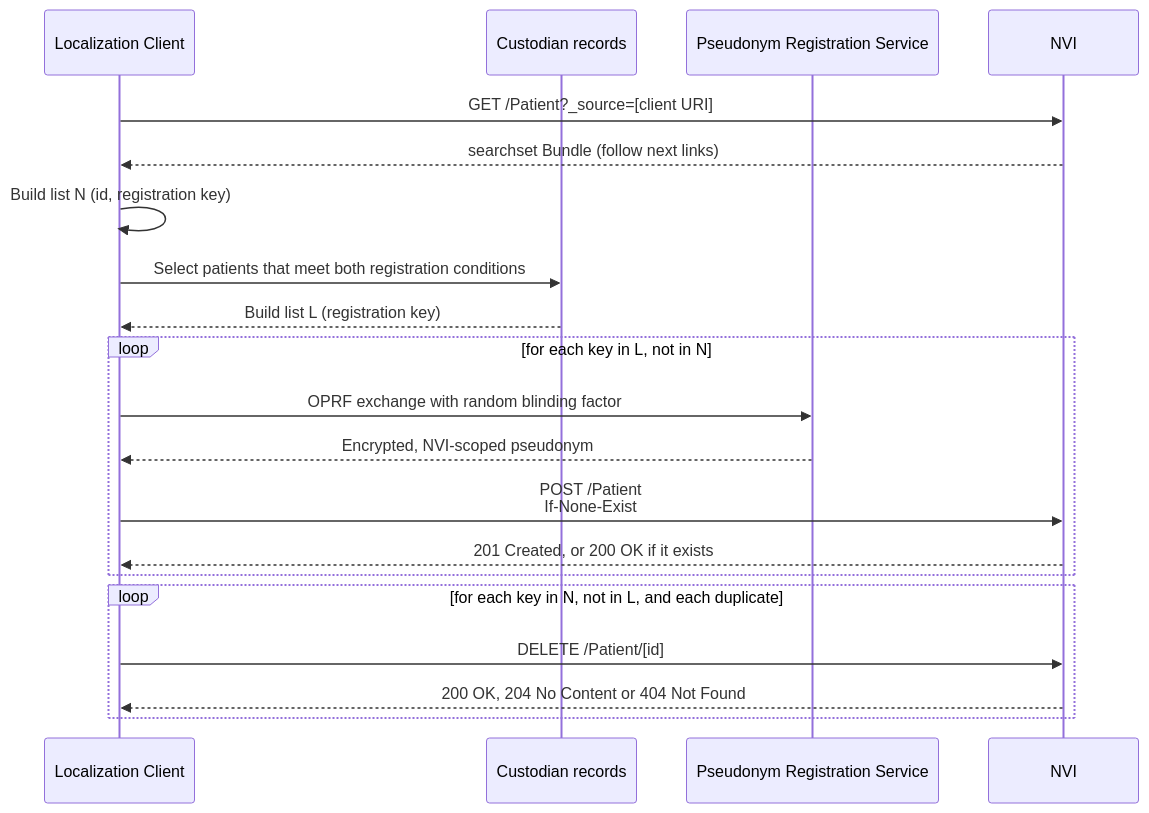
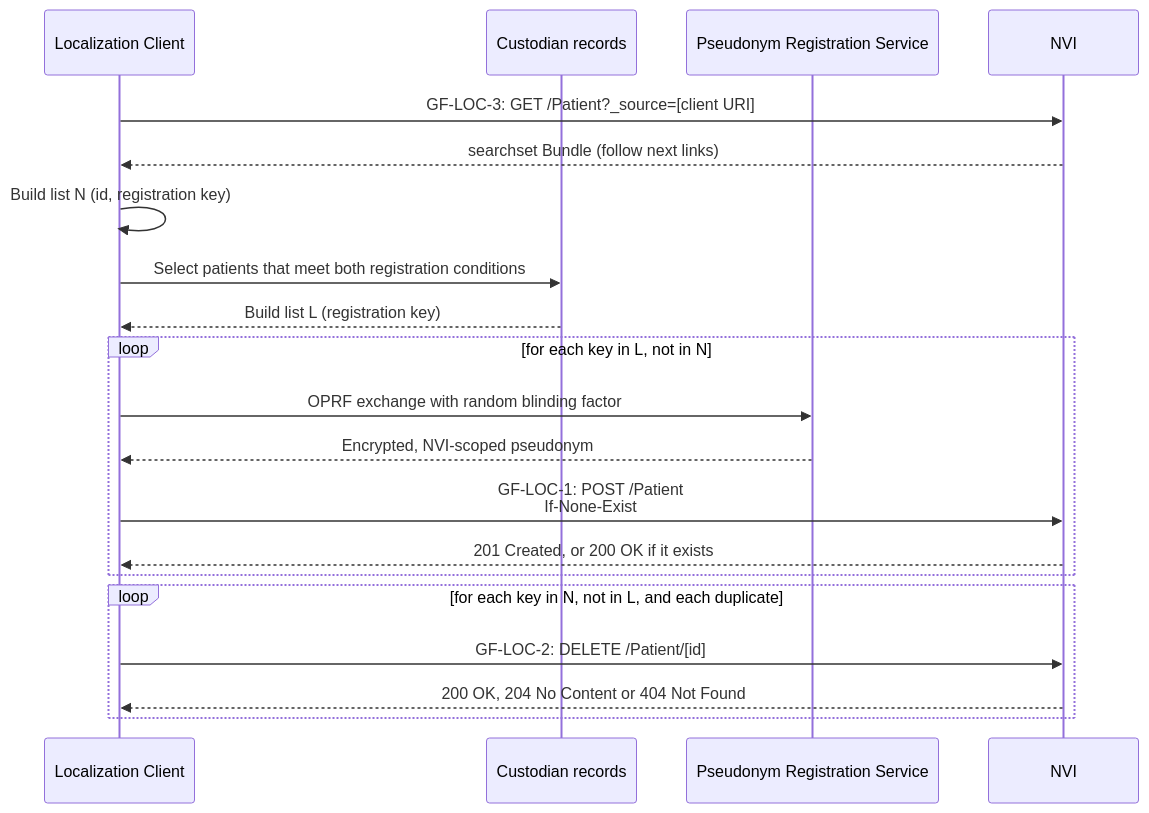
One commit to minvws/generiekefuncties-docs changed the first of 3 diagrams in input/pagecontent/localization.md. Above: the diagram before and after it, drawn with Mermaid. The commit also changed other lines of this file and 1 other file, not shown here.

````diff
--- a/input/pagecontent/localization.md
+++ b/input/pagecontent/localization.md
@@ -145,23 +311,23 @@
 ```mermaid
 sequenceDiagram
     participant client as Localization Client
     participant records as Custodian records
     participant prs as Pseudonym Registration Service
     participant nvi as NVI
 
-    client->>nvi: GET /Patient?_source=[client URI]
+    client->>nvi: GF-LOC-3: GET /Patient?_source=[client URI]
     nvi-->>client: searchset Bundle (follow next links)
     client->>client: Build list N (id, registration key)
     client->>records: Select patients that meet both registration conditions
     records-->>client: Build list L (registration key)
     loop for each key in L, not in N
         client->>prs: OPRF exchange with random blinding factor
         prs-->>client: Encrypted, NVI-scoped pseudonym
-        client->>nvi: POST /Patient<br/>If-None-Exist
+        client->>nvi: GF-LOC-1: POST /Patient<br/>If-None-Exist
         nvi-->>client: 201 Created, or 200 OK if it exists
     end
     loop for each key in N, not in L, and each duplicate
-        client->>nvi: DELETE /Patient/[id]
+        client->>nvi: GF-LOC-2: DELETE /Patient/[id]
         nvi-->>client: 200 OK, 204 No Content or 404 Not Found
     end
 ```
````
